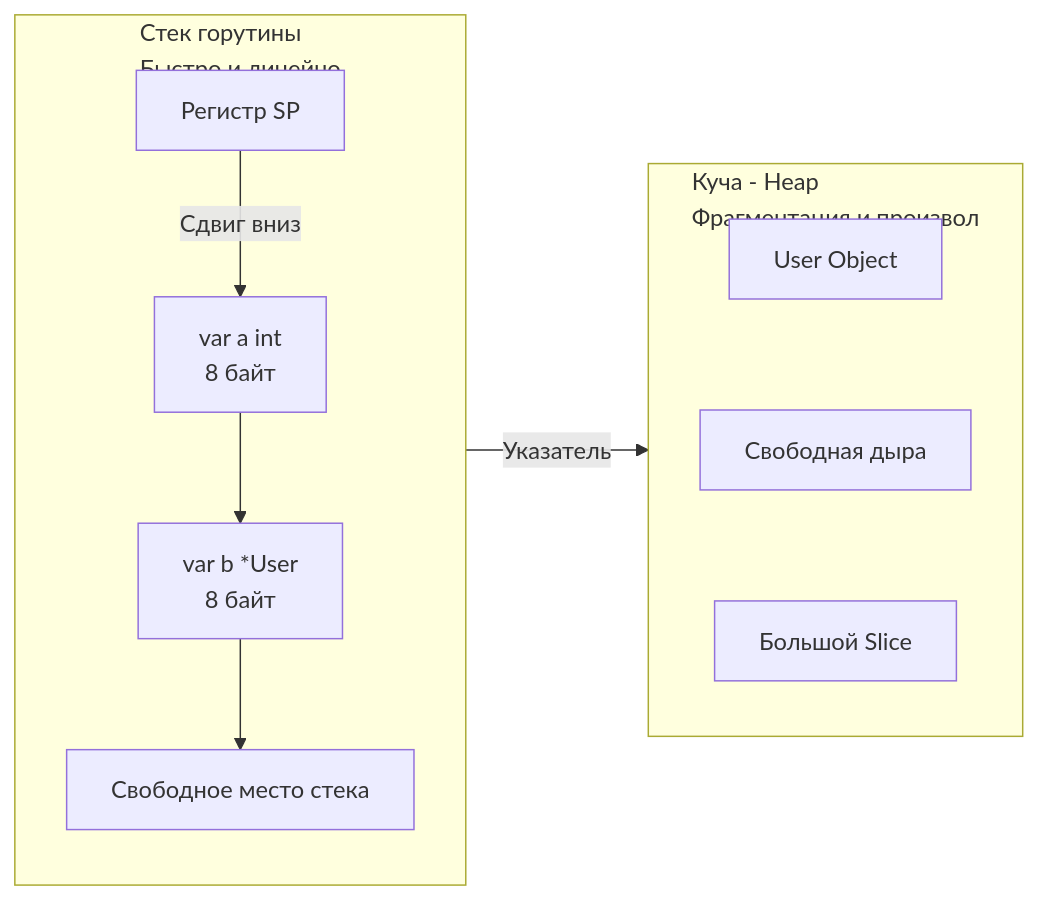
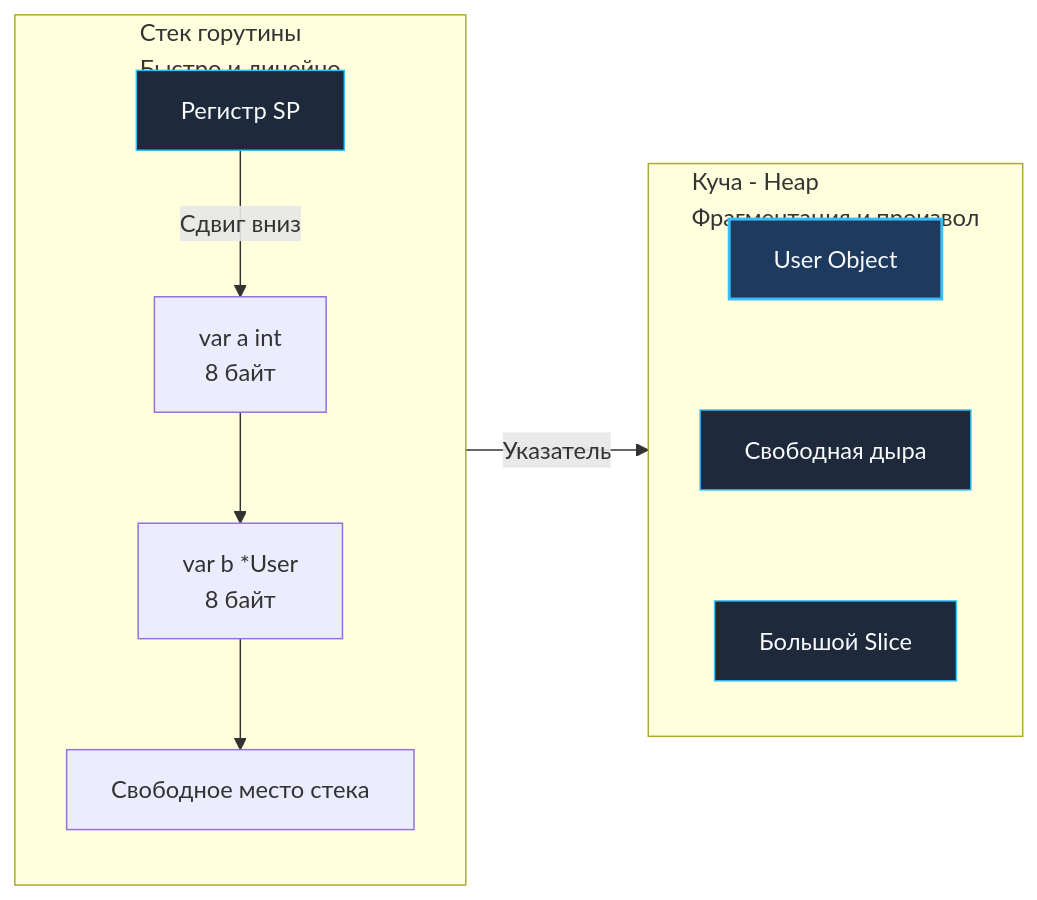
The first of 2 diagrams in sources/7. Глубокий Go (Внутреннее устройство)/20. Stack vs Heap в Go.md (UnrealTemplier/go-textbook), drawn with Mermaid before and after one commit. The commit also changed other lines of this file and 1666 other files, not shown here.

First line of the commit message:
feat(mermaid): add semantic color classDef to 1369 colorless flowchart/graph diagrams

````diff
--- a/sources/7. Глубокий Go (Внутреннее устройство)/20. Stack vs Heap в Go.md
+++ b/sources/7. Глубокий Go (Внутреннее устройство)/20. Stack vs Heap в Go.md
@@ -35,20 +35,30 @@
 ```mermaid
 flowchart LR
+    classDef process  fill:#1e293b,stroke:#38bdf8,stroke-width:1px,color:#f8fafc
+    classDef success  fill:#064e3b,stroke:#34d399,stroke-width:1px,color:#f8fafc
+    classDef error    fill:#7f1d1d,stroke:#f87171,stroke-width:1px,color:#f8fafc
+    classDef warning  fill:#78350f,stroke:#fbbf24,stroke-width:1px,color:#f8fafc
+    classDef entry    fill:#1e3a5f,stroke:#38bdf8,stroke-width:2px,color:#f8fafc
+    classDef aux      fill:#334155,stroke:#64748b,stroke-width:1px,color:#f8fafc
+    classDef system   fill:#312e81,stroke:#a78bfa,stroke-width:1px,color:#f8fafc
+    classDef data     fill:#132d29,stroke:#2dd4bf,stroke-width:1px,color:#f8fafc
+    classDef network  fill:#881337,stroke:#fb7185,stroke-width:1px,color:#f8fafc
+    classDef accent   fill:#1e1b4b,stroke:#818cf8,stroke-width:1px,color:#f8fafc
     subgraph STACK ["Стек горутины<br>Быстро и линейно"]
         direction TB
-        SP["Регистр SP"] -->|Сдвиг вниз| VAR1["var a int<br>8 байт"]
+        SP["Регистр SP"]:::process -->|Сдвиг вниз| VAR1["var a int<br>8 байт"]
         VAR1 --> VAR2["var b *User<br>8 байт"]
         VAR2 --> VAR3["Свободное место стека"]
     end
     
     subgraph HEAP ["Куча - Heap<br>Фрагментация и произвол"]
         direction TB
-        OBJ1["User Object"]
-        HOLE["Свободная дыра"]
-        OBJ2["Большой Slice"]
+        OBJ1["User Object"]:::entry
+        HOLE["Свободная дыра"]:::process
+        OBJ2["Большой Slice"]:::process
         OBJ1 ~~~ HOLE
         HOLE ~~~ OBJ2
     end
     
     VAR2 -->|"Указатель"| OBJ1
 ```
````
